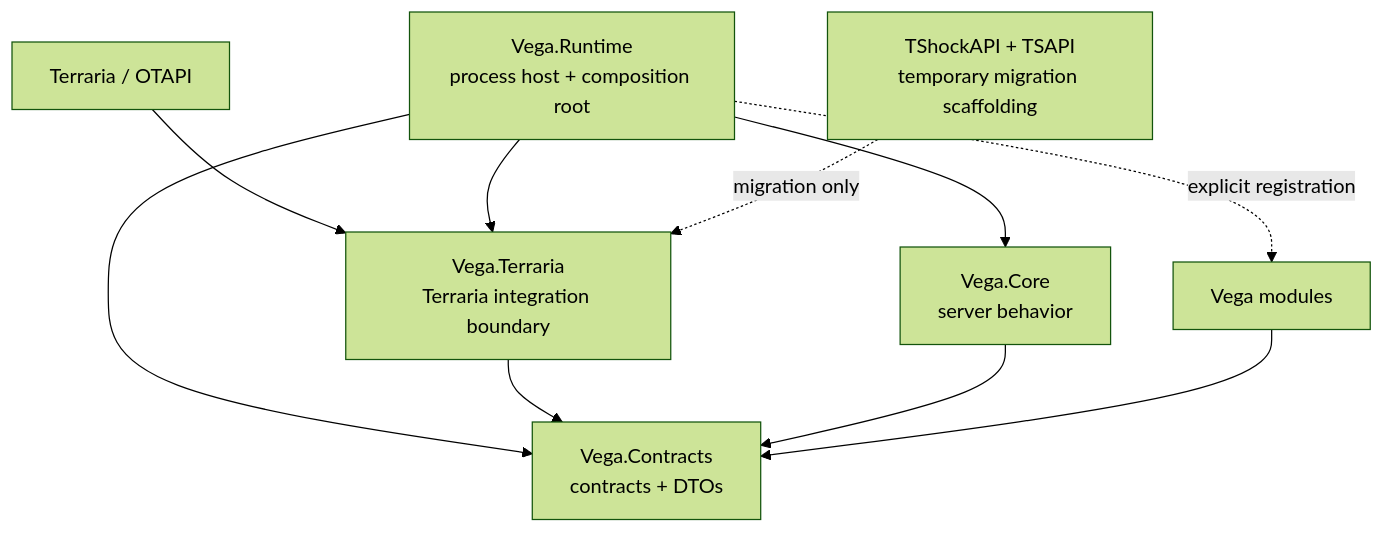
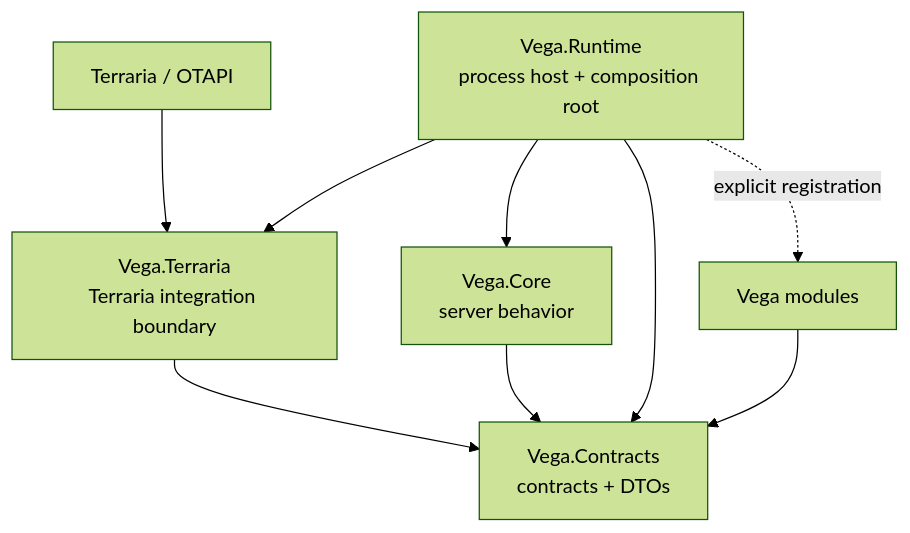
Before and after one commit to VegaKernel/Vega: the diagram in README.md, drawn with Mermaid (forest theme). The commit also changed other lines of this file and 284 other files, not shown here.

````diff
--- a/README.md
+++ b/README.md
@@ -21,16 +21,15 @@
 ```mermaid
 flowchart TB
     Terraria["Terraria / OTAPI"] --> TerrariaAdapter["Vega.Terraria<br/>Terraria integration boundary"]
 
     Runtime["Vega.Runtime<br/>process host + composition root"] --> TerrariaAdapter
     Runtime --> Core["Vega.Core<br/>server behavior"]
     Runtime --> Contracts["Vega.Contracts<br/>contracts + DTOs"]
 
     TerrariaAdapter --> Contracts
     Core --> Contracts
 
     Modules["Vega modules"] --> Contracts
     Runtime -. "explicit registration" .-> Modules
 
-    Legacy["TShockAPI + TSAPI<br/>temporary migration scaffolding"] -. "migration only" .-> TerrariaAdapter
 ```
````
